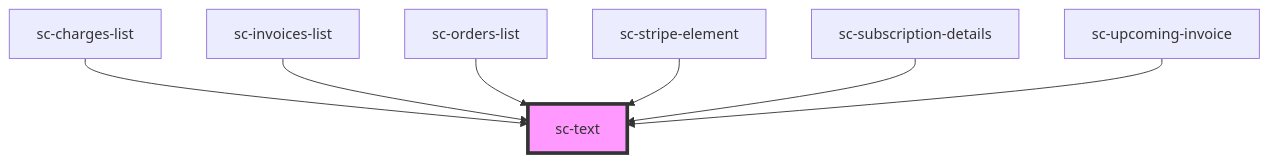
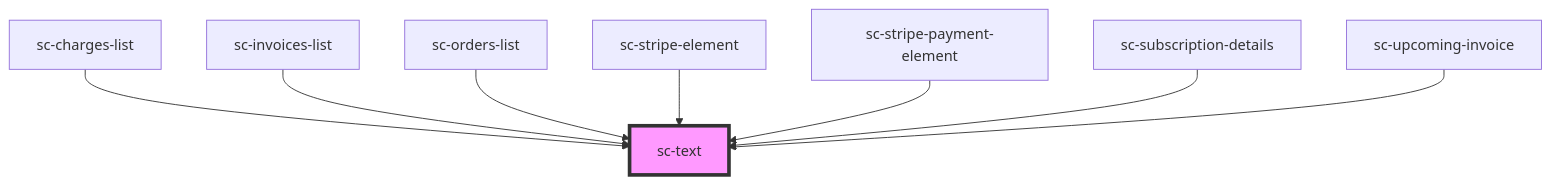
One commit to surecart/surecart-wp-plugin changed the diagram in packages/components/src/components/ui/text/readme.md. Above: the diagram before and after it, drawn with Mermaid. The commit also changed other lines of this file and 33 other files, not shown here.

Commit message:
Refactoring orders for stripe payment element.

````diff
--- a/packages/components/src/components/ui/text/readme.md
+++ b/packages/components/src/components/ui/text/readme.md
@@ -28,10 +29,11 @@
 ```mermaid
 graph TD;
   sc-charges-list --> sc-text
   sc-invoices-list --> sc-text
   sc-orders-list --> sc-text
   sc-stripe-element --> sc-text
+  sc-stripe-payment-element --> sc-text
   sc-subscription-details --> sc-text
   sc-upcoming-invoice --> sc-text
   style sc-text fill:#f9f,stroke:#333,stroke-width:4px
 ```
````
